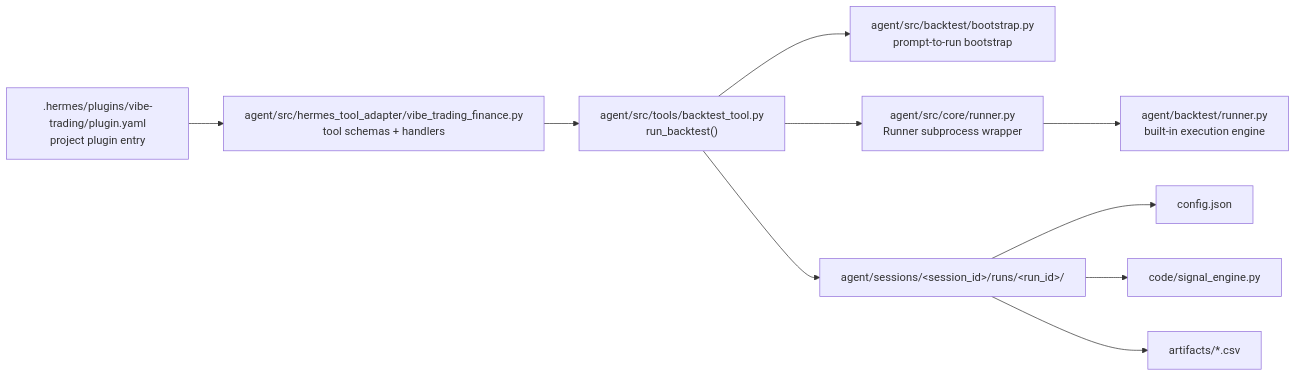
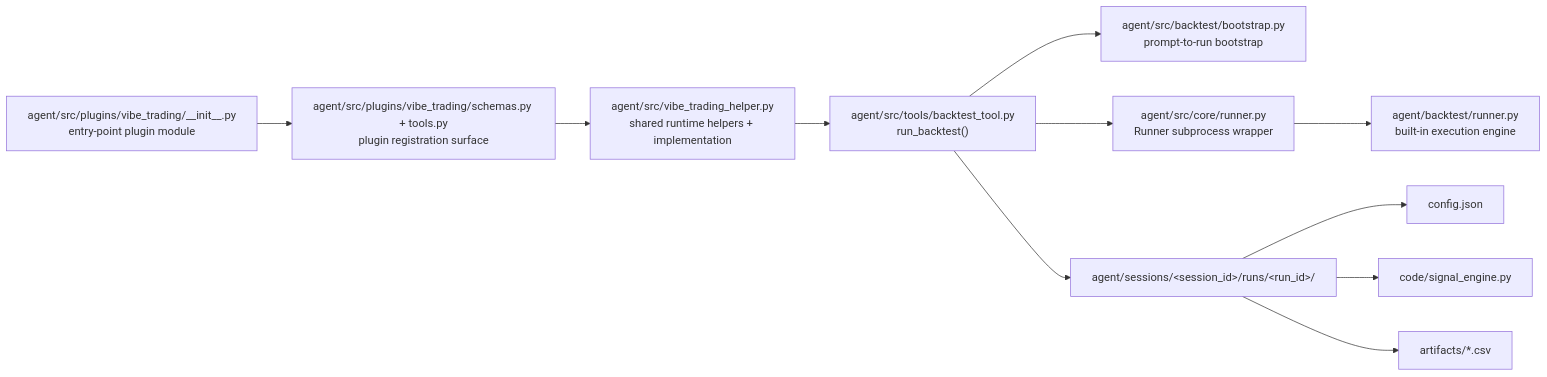
Diagram 21 of 22 in Architecture-Design.md (chris-han/Vibe-Trading), drawn with Mermaid before and after one commit. The commit also changed other lines of this file and 21 other files, not shown here.

First line of the commit message:
Refactor Vibe-Trading integration and remove compatibility layer

````diff
--- a/Architecture-Design.md
+++ b/Architecture-Design.md
@@ -1769,23 +1793,25 @@
 ```mermaid
 flowchart LR
-    PLUGIN[".hermes/plugins/vibe-trading/plugin.yaml<br/>project plugin entry"]
-    ADAPTER["agent/src/hermes_tool_adapter/vibe_trading_finance.py<br/>tool schemas + handlers"]
+    PLUGIN["agent/src/plugins/vibe_trading/__init__.py<br/>entry-point plugin module"]
+    ADAPTER["agent/src/plugins/vibe_trading/schemas.py + tools.py<br/>plugin registration surface"]
+    RUNTIME["agent/src/vibe_trading_helper.py<br/>shared runtime helpers + implementation"]
     TOOL["agent/src/tools/backtest_tool.py<br/>run_backtest()"]
     BOOT["agent/src/backtest/bootstrap.py<br/>prompt-to-run bootstrap"]
     CORE["agent/src/core/runner.py<br/>Runner subprocess wrapper"]
     ENGINE["agent/backtest/runner.py<br/>built-in execution engine"]
     RUNDIR["agent/sessions/&lt;session_id&gt;/runs/&lt;run_id&gt;/"]
     CFG["config.json"]
     SIG["code/signal_engine.py"]
     ART["artifacts/*.csv"]
 
     PLUGIN --> ADAPTER
-    ADAPTER --> TOOL
+    ADAPTER --> RUNTIME
+    RUNTIME --> TOOL
     TOOL --> BOOT
     TOOL --> CORE
     CORE --> ENGINE
     TOOL --> RUNDIR
     RUNDIR --> CFG
     RUNDIR --> SIG
     RUNDIR --> ART
 ```
````
